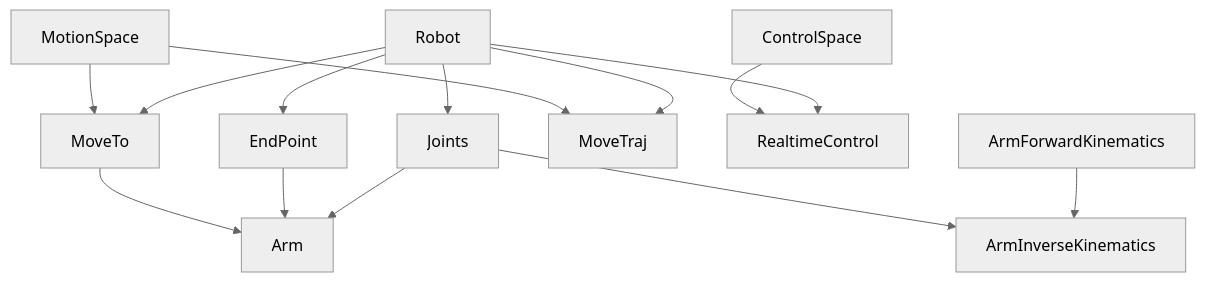
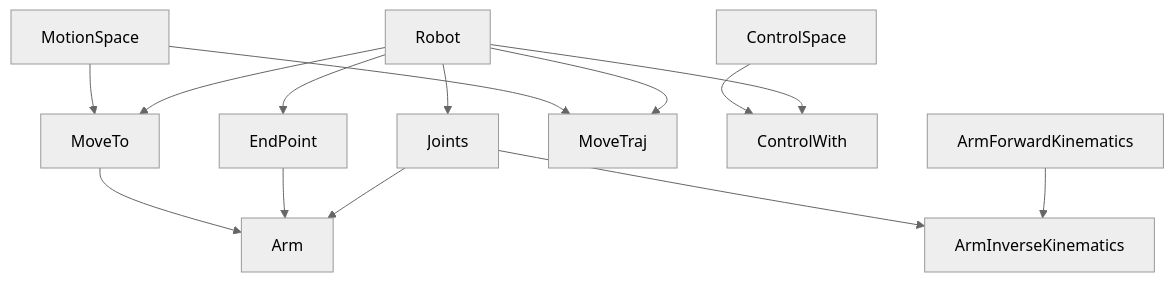
Before and after one commit to Robot-Exp-Platform/robot_behavior_page: the diagram in docs/zh/concepts/capability-model.md, drawn with Mermaid (neutral theme). The commit also changed other lines of this file and 20 other files, not shown here.

Commit message:
Document control flow, optional roplat integration and runtime boundaries

````diff
--- a/docs/zh/concepts/capability-model.md
+++ b/docs/zh/concepts/capability-model.md
@@ -7,16 +7,16 @@
 ```mermaid
 graph TD
   Robot --> Joints
   Robot --> EndPoint
   Robot --> MoveTo
   Robot --> MoveTraj
-  Robot --> RealtimeControl
+  Robot --> ControlWith
   Joints --> Arm
   EndPoint --> Arm
   MoveTo --> Arm
   MotionSpace --> MoveTo
   MotionSpace --> MoveTraj
-  ControlSpace --> RealtimeControl
+  ControlSpace --> ControlWith
   ArmForwardKinematics --> ArmInverseKinematics
   Joints --> ArmInverseKinematics
 ```
````
